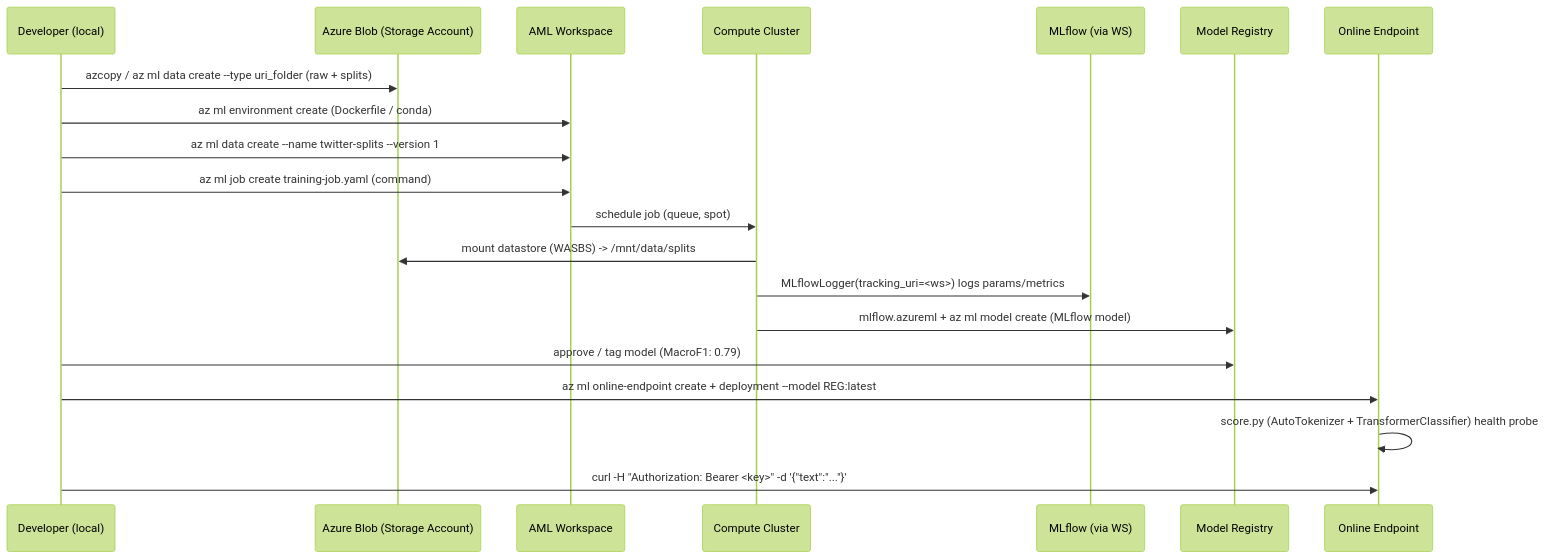
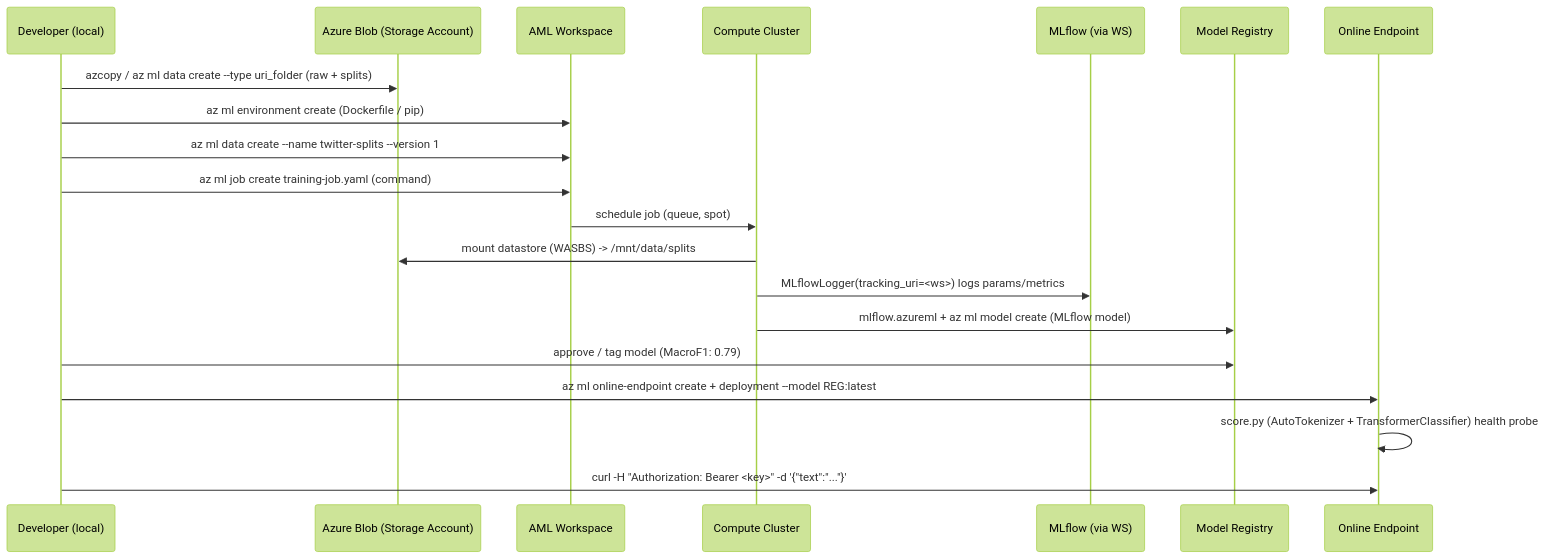
Before and after one commit to michaelschott00/twitter-sentiment-analysis: the second of 2 diagrams in docs/azure-infrastructure-plan.md, drawn with Mermaid (forest theme). The commit also changed other lines of this file and 4 other files, not shown here.

````diff
--- a/docs/azure-infrastructure-plan.md
+++ b/docs/azure-infrastructure-plan.md
@@ -126,23 +122,23 @@
 ```mermaid
 sequenceDiagram
     participant Dev as Developer (local)
     participant SA as Azure Blob (Storage Account)
     participant WS as AML Workspace
     participant CC as Compute Cluster
     participant ML as MLflow (via WS)
     participant REG as Model Registry
     participant EP as Online Endpoint
 
     Dev->>SA: azcopy / az ml data create --type uri_folder (raw + splits)
-    Dev->>WS: az ml environment create (Dockerfile / conda)
+    Dev->>WS: az ml environment create (Dockerfile / pip)
     Dev->>WS: az ml data create --name twitter-splits --version 1
     Dev->>WS: az ml job create training-job.yaml (command)
     WS->>CC: schedule job (queue, spot)
     CC->>SA: mount datastore (WASBS) -> /mnt/data/splits
     CC->>ML: MLflowLogger(tracking_uri=<ws>) logs params/metrics
     CC->>REG: mlflow.azureml + az ml model create (MLflow model)
     Dev->>REG: approve / tag model (MacroF1: 0.79)
     Dev->>EP: az ml online-endpoint create + deployment --model REG:latest
     EP->>EP: score.py (AutoTokenizer + TransformerClassifier) health probe
     Dev->>EP: curl -H "Authorization: Bearer <key>" -d '{"text":"..."}'
 ```
````
